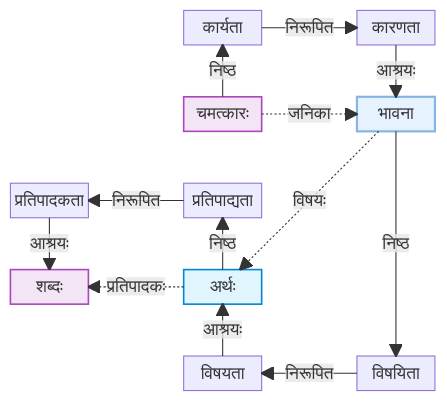
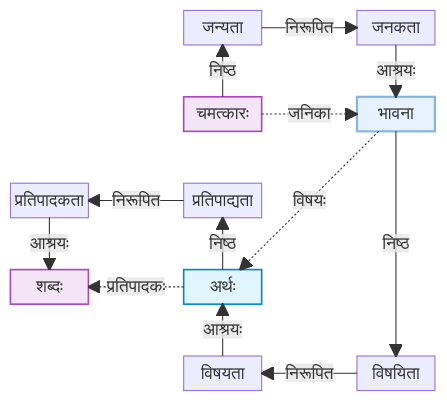
One commit to vagvibha/sahitya changed the second of 3 diagrams in shastra/texts/rgd/01/rgd1-02.md. Above: the diagram before and after it, drawn with Mermaid. The commit also changed other lines of this file, not shown here.

````diff
--- a/shastra/texts/rgd/01/rgd1-02.md
+++ b/shastra/texts/rgd/01/rgd1-02.md
@@ -183,39 +183,39 @@
 ```mermaid
 block-beta
     columns 5
     
-    space:2 r23["कार्यता"] space r24["कारणता"]
+    space:2 r23["जन्यता"] space r24["जनकता"]
     space:5
     space:2 r31["चमत्कारः"] space r34["भावना"]
     space:5
     r61["प्रतिपादकता"] space r62["प्रतिपाद्यता"] space:2
     space:5
     r51["शब्दः"] space r52["अर्थः"] space:2
     space:5
     space:2 r42["विषयता"] space r44["विषयिता"]
     
 
     r31-- "निष्ठ" -->r23
     r23-- "निरूपित" --> r24
     r24-- "आश्रयः" --> r34
     r34-- "निष्ठ" -->r44
     r44-- "निरूपित" --> r42
     r42-- "आश्रयः" --> r52
     r52-- "निष्ठ" -->r62
     r62-- "निरूपित" --> r61
     r61-- "आश्रयः" --> r51
 
     r31-. "जनिका" .->r34
     r34-. "विषयः" .-> r52
     r52-. "प्रतिपादकः" .-> r51
 
     %%b2 -.- m3
 
     style r31 fill:#f3e5f5,stroke:#ab47bc,stroke-width:1.5px
     style r51 fill:#f3e5f5,stroke:#ab47bc,stroke-width:1.5px
     style r34 fill:#e6f2ff,stroke:#85b5e3,stroke-width:2px
     %%style r51 fill:#f3e5f5,stroke:#ab47bc,stroke-width:1.5px
     %%style r34 fill:#e1f5fe,stroke:#0288d1,stroke-width:1.5px
     style r52 fill:#e1f5fe,stroke:#0288d1,stroke-width:1.5px
     %%style r52 fill:#e8f5e9,stroke:#2e7d32,stroke-width:1.5px
 ```
````
